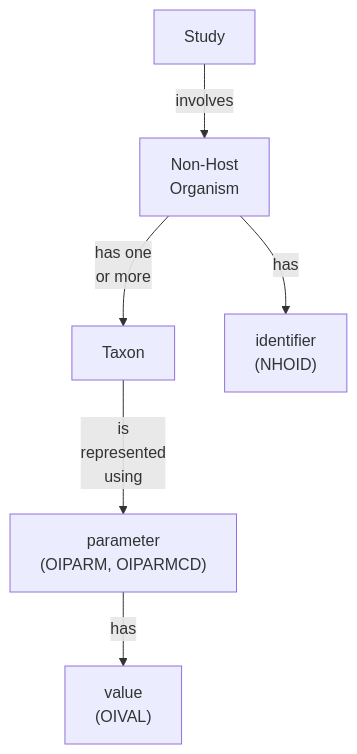
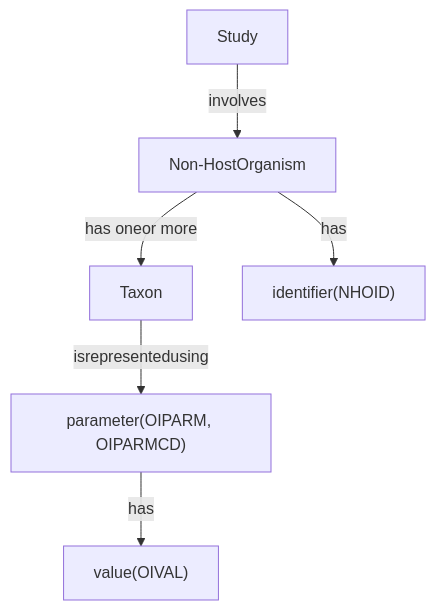
Before and after one commit to hakupao/sdtm-pedia: the second of 2 diagrams in knowledge_base/model/05_study_level_data.md, drawn with Mermaid. The commit also changed other lines of this file and 72 other files, not shown here.

````diff
--- a/knowledge_base/model/05_study_level_data.md
+++ b/knowledge_base/model/05_study_level_data.md
@@ -272,15 +272,15 @@
 ```mermaid
 graph TD
     Study["Study"]
-    NHO["Non-Host\nOrganism"]
+    NHO["Non-HostOrganism"]
     Taxon["Taxon"]
-    ID["identifier\n(NHOID)"]
-    PARAM["parameter\n(OIPARM, OIPARMCD)"]
-    VAL["value\n(OIVAL)"]
+    ID["identifier(NHOID)"]
+    PARAM["parameter(OIPARM, OIPARMCD)"]
+    VAL["value(OIVAL)"]
 
     Study -->|involves| NHO
-    NHO -->|"has one\nor more"| Taxon
+    NHO -->|"has oneor more"| Taxon
     NHO -->|has| ID
-    Taxon -->|"is\nrepresented\nusing"| PARAM
+    Taxon -->|"isrepresentedusing"| PARAM
     PARAM -->|has| VAL
 ```
````
